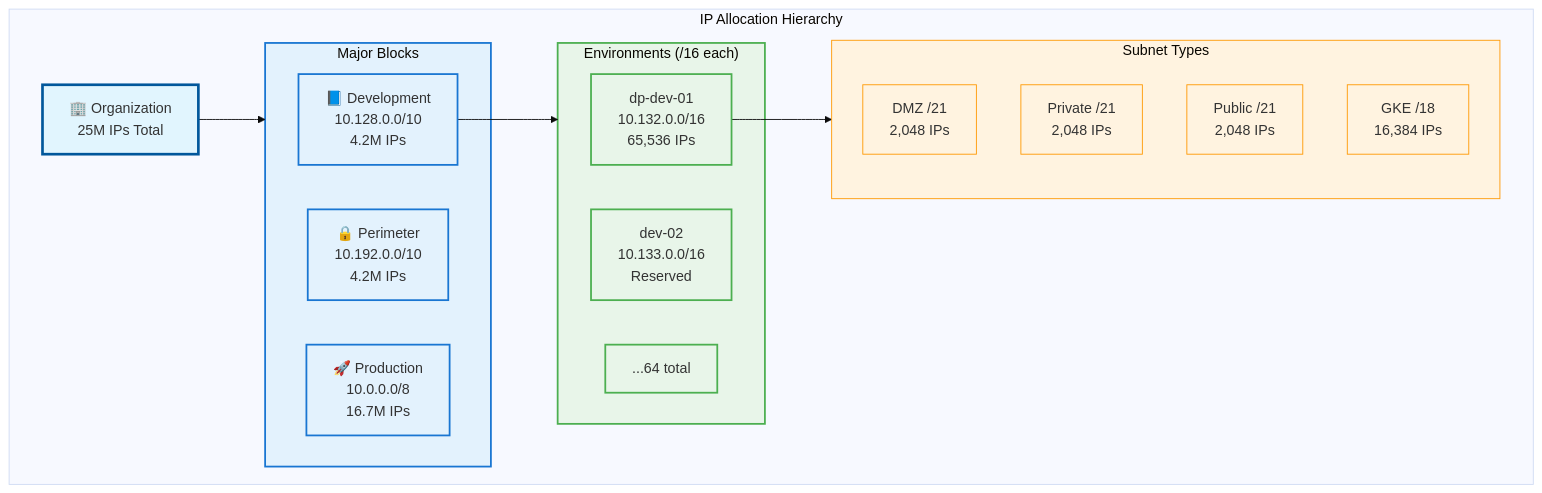
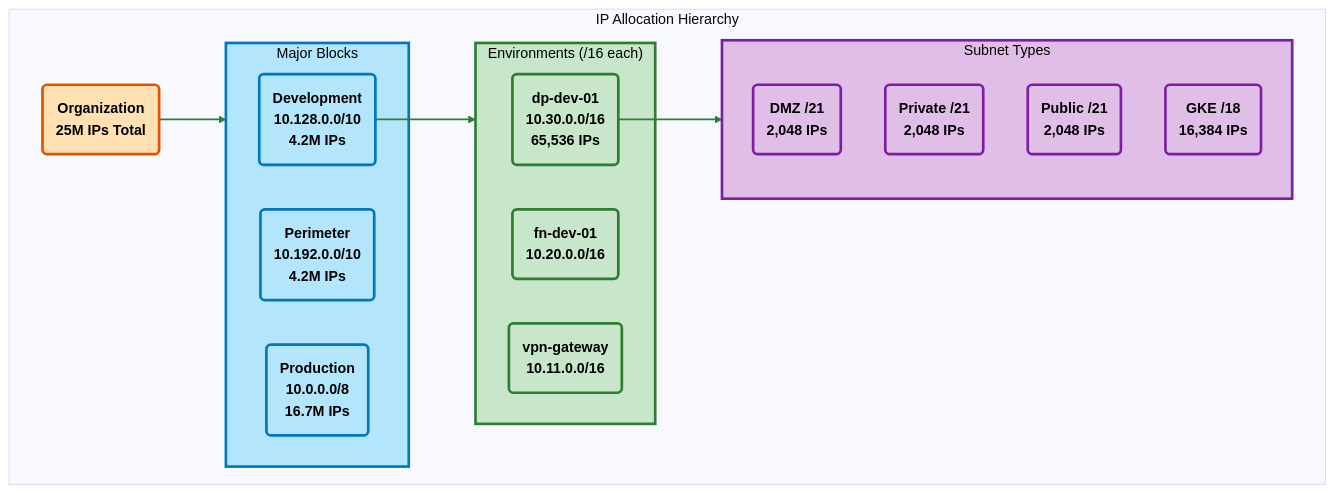
One commit to spolspol/terragrunt-gcp-org-automation changed the second of 8 diagrams in docs/IP_ALLOCATION.md. Above: the diagram before and after it, drawn with Mermaid (base theme). The commit also changed other lines of this file and 36 other files, not shown here.

````diff
--- a/docs/IP_ALLOCATION.md
+++ b/docs/IP_ALLOCATION.md
@@ -42,39 +29,42 @@
 ```mermaid
 flowchart TB
     subgraph "IP Allocation Hierarchy"
-        ORG["🏢 Organization<br/>25M IPs Total"]
-        
+        ORG("<b>Organization<br/>25M IPs Total</b>")
+
         subgraph BLOCKS["Major Blocks"]
-            DEV["📘 Development<br/>10.128.0.0/10<br/>4.2M IPs"]
-            PERIM["🔒 Perimeter<br/>10.192.0.0/10<br/>4.2M IPs"]
-            PROD["🚀 Production<br/>10.0.0.0/8<br/>16.7M IPs"]
+            DEV("<b>Development<br/>10.128.0.0/10<br/>4.2M IPs</b>")
+            PERIM("<b>Perimeter<br/>10.192.0.0/10<br/>4.2M IPs</b>")
+            PROD("<b>Production<br/>10.0.0.0/8<br/>16.7M IPs</b>")
         end
-        
+
         subgraph ENVS["Environments (/16 each)"]
-            DEV01["dp-dev-01<br/>10.132.0.0/16<br/>65,536 IPs"]
-            DEV02["dev-02<br/>10.133.0.0/16<br/>Reserved"]
-            MORE["...64 total"]
+            DEV01("<b>dp-dev-01<br/>10.30.0.0/16<br/>65,536 IPs</b>")
+            FNDEV01("<b>fn-dev-01<br/>10.20.0.0/16</b>")
+            VPNGW("<b>vpn-gateway<br/>10.11.0.0/16</b>")
         end
-        
+
         subgraph SUBNETS["Subnet Types"]
-            DMZ["DMZ /21<br/>2,048 IPs"]
-            PRIV["Private /21<br/>2,048 IPs"]
-            PUB["Public /21<br/>2,048 IPs"]
-            GKE["GKE /18<br/>16,384 IPs"]
+            DMZ("<b>DMZ /21<br/>2,048 IPs</b>")
+            PRIV("<b>Private /21<br/>2,048 IPs</b>")
+            PUB("<b>Public /21<br/>2,048 IPs</b>")
+            GKE("<b>GKE /18<br/>16,384 IPs</b>")
         end
     end
-    
+
     ORG --> BLOCKS
     DEV --> ENVS
     DEV01 --> SUBNETS
-    
-    classDef org fill:#E1F5FE,stroke:#01579B,stroke-width:3px
-    classDef block fill:#E3F2FD,stroke:#1976D2,stroke-width:2px
-    classDef env fill:#E8F5E9,stroke:#4CAF50,stroke-width:2px
-    classDef subnet fill:#FFF3E0,stroke:#FF9800,stroke-width:1px
-    
-    class ORG org
-    class BLOCKS,DEV,PERIM,PROD block
-    class ENVS,DEV01,DEV02,MORE env
-    class SUBNETS,DMZ,PRIV,PUB,GKE subnet
+
+    classDef hub fill:#ffe0b2,stroke:#e65100,stroke-width:3px,color:#000
+    classDef network fill:#b3e5fc,stroke:#0277bd,stroke-width:3px,color:#000
+    classDef compute fill:#c8e6c9,stroke:#2e7d32,stroke-width:3px,color:#000
+    classDef security fill:#f8bbd0,stroke:#c2185b,stroke-width:3px,color:#000
+    classDef storage fill:#e1bee7,stroke:#7b1fa2,stroke-width:3px,color:#000
+
+    class ORG hub
+    class BLOCKS,DEV,PERIM,PROD network
+    class ENVS,DEV01,FNDEV01,VPNGW compute
+    class SUBNETS,DMZ,PRIV,PUB,GKE storage
+
+    linkStyle 0,1,2 stroke:#2e7d32,stroke-width:2px
 ```
````
